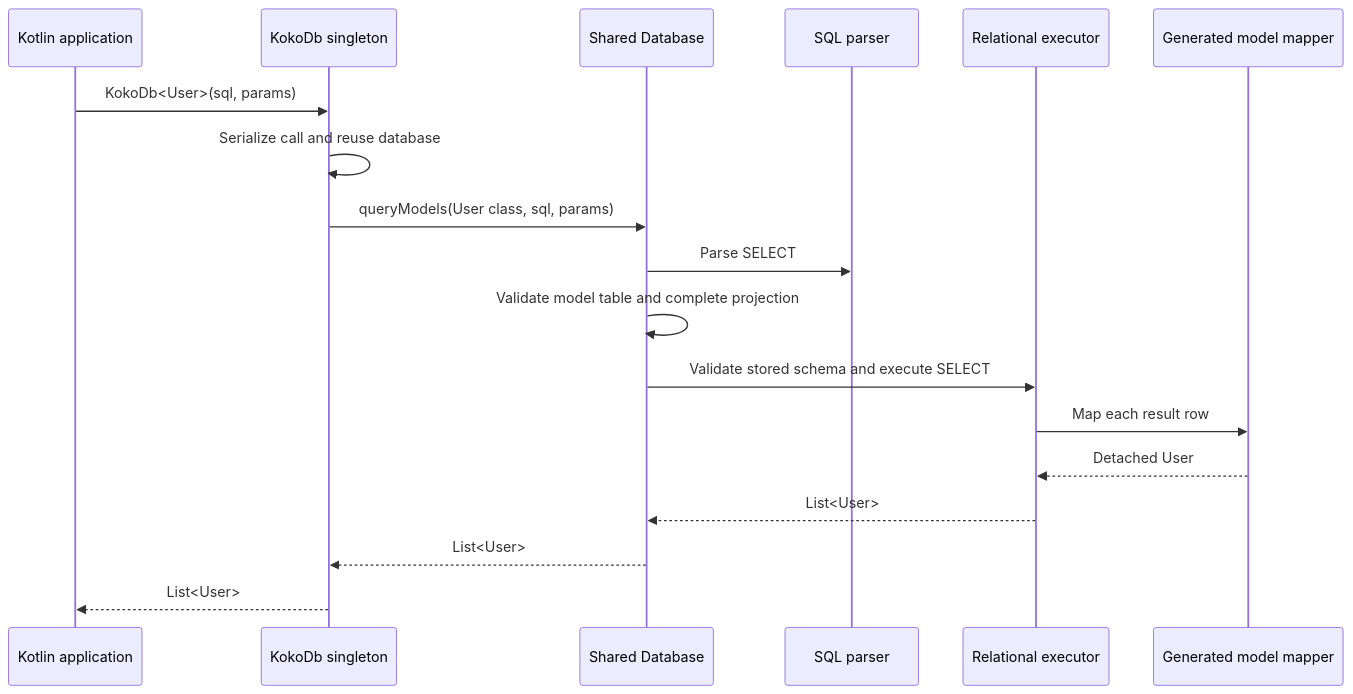
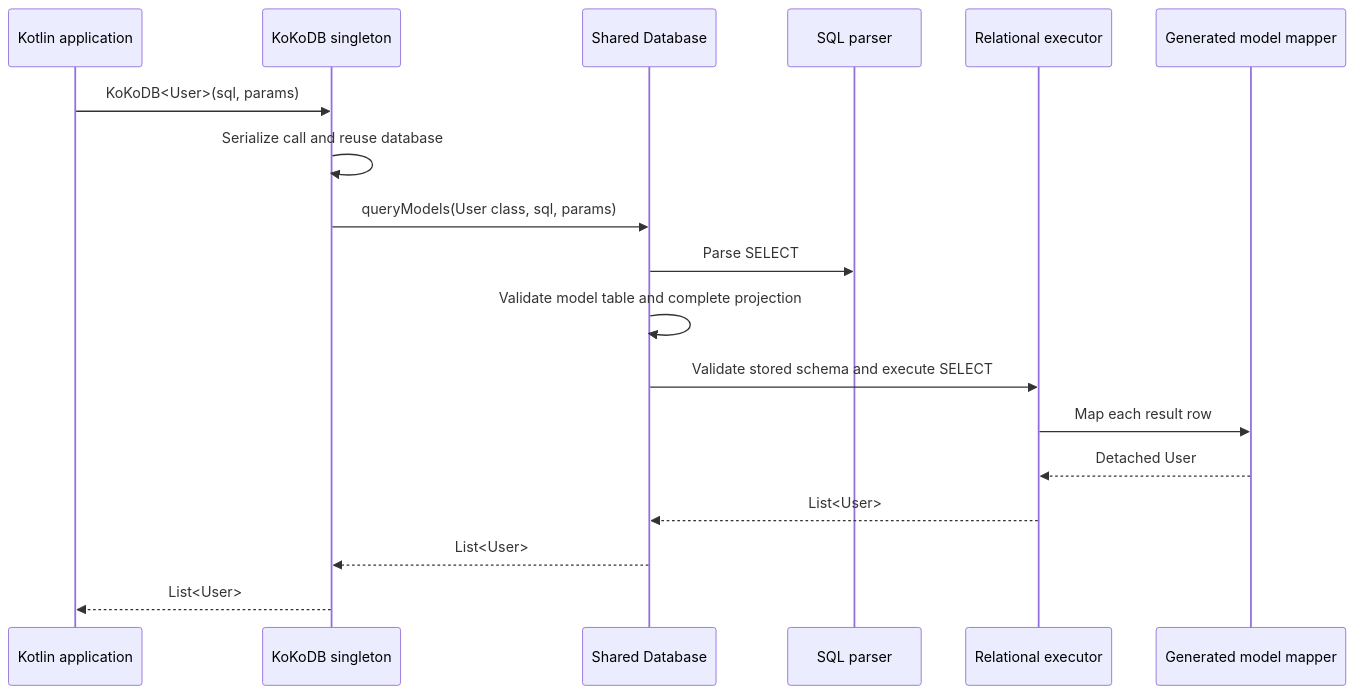
One commit to xhae123/kokodb changed the diagram in README.md. Above: the diagram before and after it, drawn with Mermaid. The commit also changed other lines of this file and 13 other files, not shown here.

````diff
--- a/README.md
+++ b/README.md
@@ -114,20 +125,20 @@
 ```mermaid
 sequenceDiagram
     participant App as Kotlin application
-    participant Shared as KokoDb singleton
+    participant Shared as KoKoDB singleton
     participant DB as Shared Database
     participant Parser as SQL parser
     participant Engine as Relational executor
     participant Adapter as Generated model mapper
-    App->>Shared: KokoDb<User>(sql, params)
+    App->>Shared: KoKoDB<User>(sql, params)
     Shared->>Shared: Serialize call and reuse database
     Shared->>DB: queryModels(User class, sql, params)
     DB->>Parser: Parse SELECT
     DB->>DB: Validate model table and complete projection
     DB->>Engine: Validate stored schema and execute SELECT
     Engine->>Adapter: Map each result row
     Adapter-->>Engine: Detached User
     Engine-->>DB: List<User>
     DB-->>Shared: List<User>
     Shared-->>App: List<User>
 ```
````
